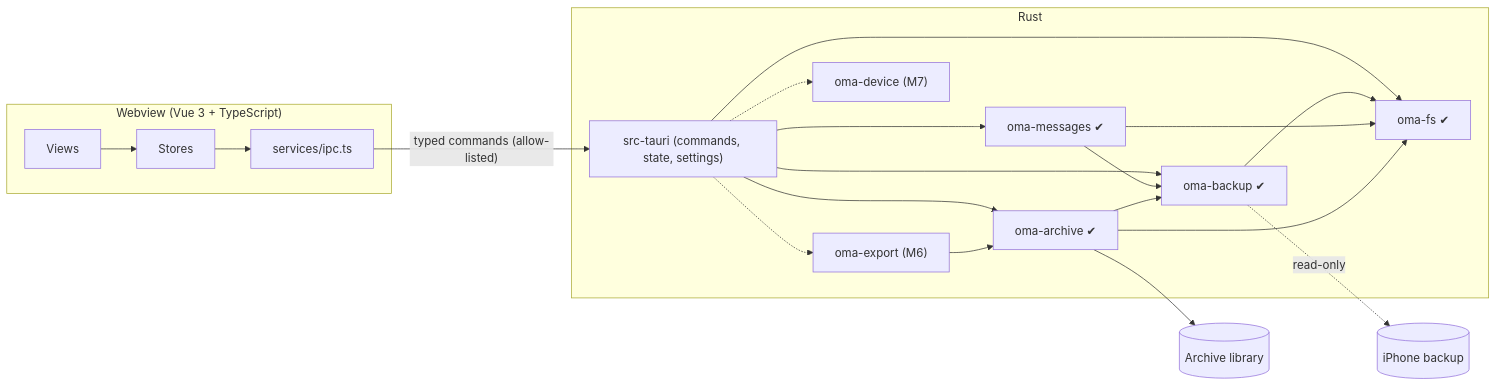
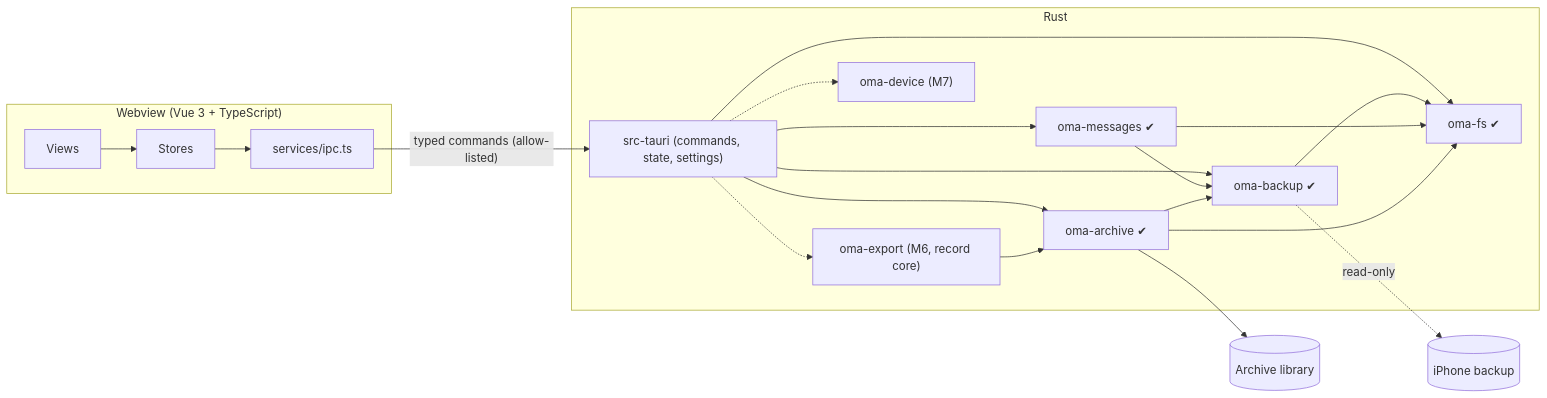
The diagram in Apps/openmessage-archive/docs/architecture.md (VibeForge-Systems/From_the_Forge), drawn with Mermaid before and after one commit. The commit also changed other lines of this file and 36 other files, not shown here.

````diff
--- a/Apps/openmessage-archive/docs/architecture.md
+++ b/Apps/openmessage-archive/docs/architecture.md
@@ -50,24 +50,24 @@
 ```mermaid
 flowchart LR
   subgraph Webview["Webview (Vue 3 + TypeScript)"]
     Views --> Stores --> IPC["services/ipc.ts"]
   end
   IPC -- "typed commands (allow-listed)" --> Shell
   subgraph Rust
     Shell["src-tauri (commands, state, settings)"]
     Shell --> FS["oma-fs ✔"]
     Shell --> Backup["oma-backup ✔"]
     Shell --> Messages["oma-messages ✔"]
     Shell --> Archive["oma-archive ✔"]
-    Shell -.-> Export["oma-export (M6)"]
+    Shell -.-> Export["oma-export (M6, record core)"]
     Shell -.-> Device["oma-device (M7)"]
     Backup --> FS
     Messages --> Backup
     Messages --> FS
     Archive --> FS
     Archive --> Backup
     Export --> Archive
   end
   Backup -. read-only .-> SRC[("iPhone backup")]
   Archive --> LIB[("Archive library")]
 ```
````
